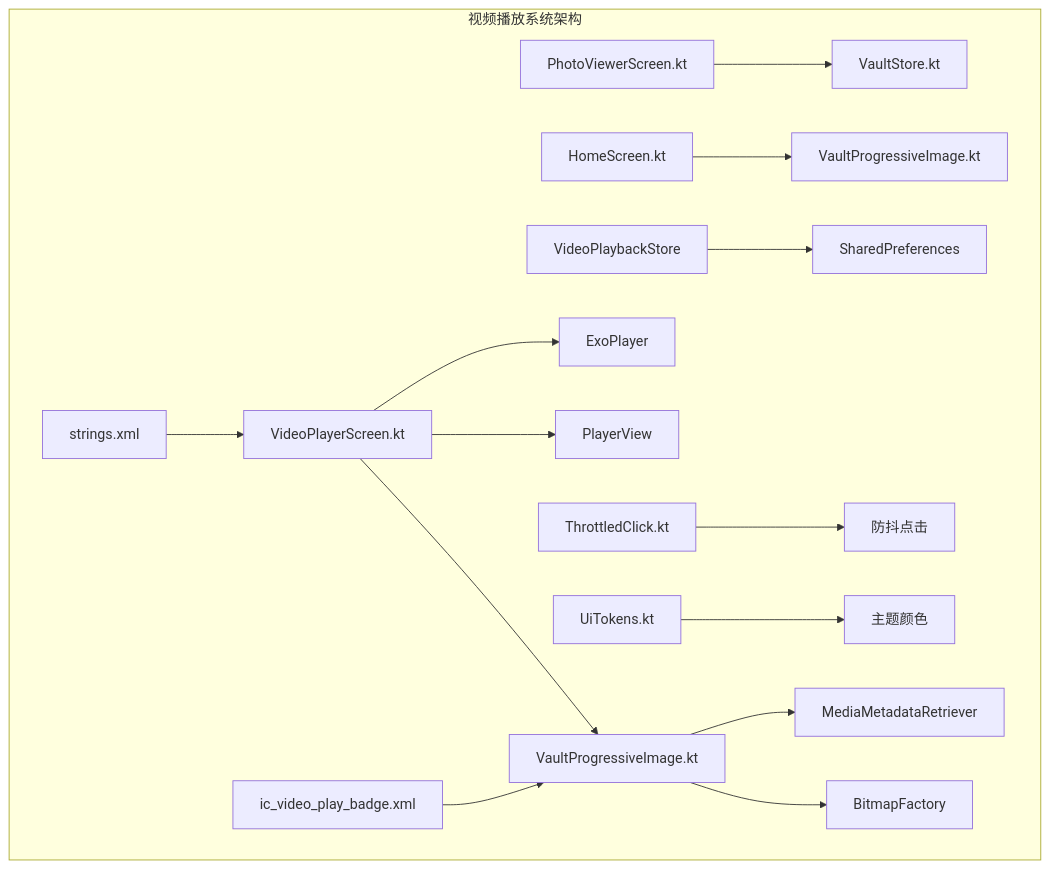
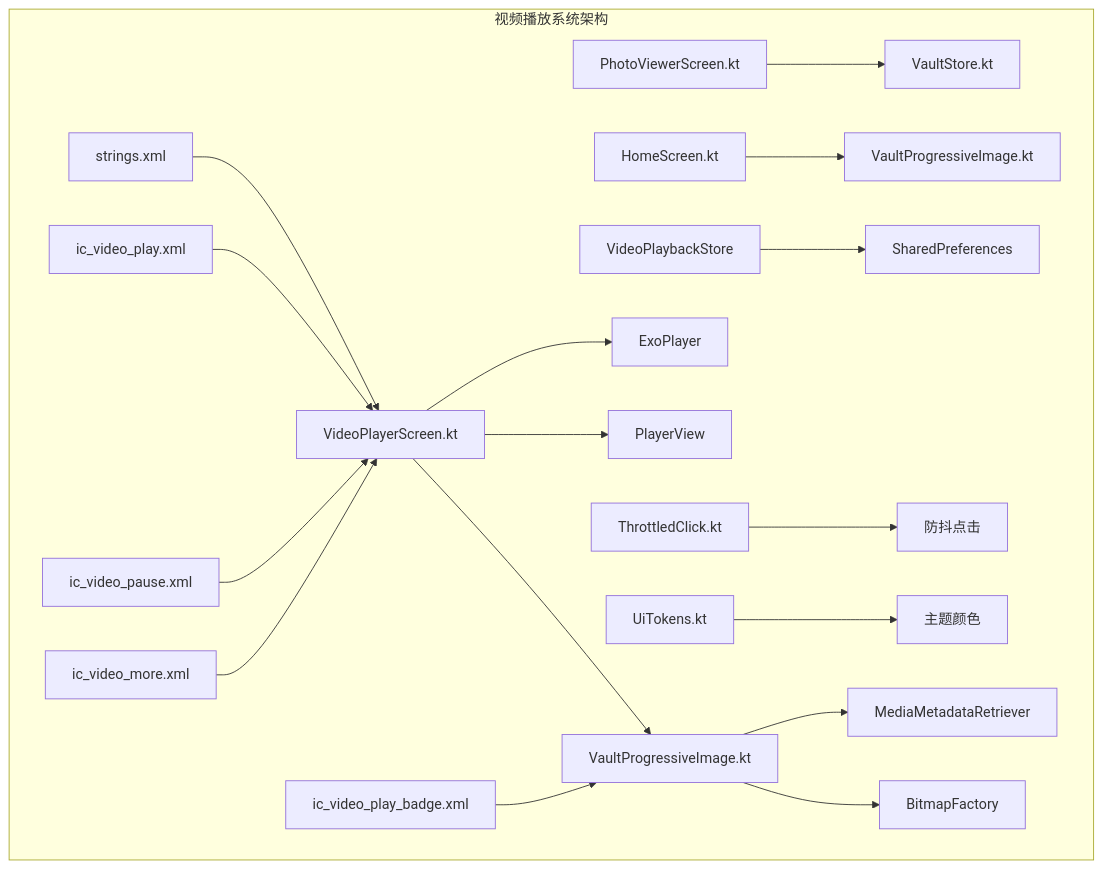
The first of 9 diagrams in .qoder/repowiki/zh/content/项目概述/核心功能特性/视频播放系统.md (wanhongbo/ai-photo-vault), drawn with Mermaid before and after one commit. The commit also changed other lines of this file and 22 other files, not shown here.

````diff
--- a/.qoder/repowiki/zh/content/项目概述/核心功能特性/视频播放系统.md
+++ b/.qoder/repowiki/zh/content/项目概述/核心功能特性/视频播放系统.md
@@ -55,17 +61,20 @@
 ```mermaid
 graph TB
 subgraph "视频播放系统架构"
 A[VideoPlayerScreen.kt] --> B[VaultProgressiveImage.kt]
 C[PhotoViewerScreen.kt] --> D[VaultStore.kt]
 E[HomeScreen.kt] --> F[VaultProgressiveImage.kt]
 A --> G[ExoPlayer]
 A --> H[PlayerView]
 I[VideoPlaybackStore] --> J[SharedPreferences]
 K[ThrottledClick.kt] --> L[防抖点击]
 M[UiTokens.kt] --> N[主题颜色]
 B --> O[MediaMetadataRetriever]
 B --> P[BitmapFactory]
 Q[ic_video_play_badge.xml] --> B
 R[strings.xml] --> A
+S[ic_video_play.xml] --> A
+T[ic_video_pause.xml] --> A
+U[ic_video_more.xml] --> A
 end
 ```
````
